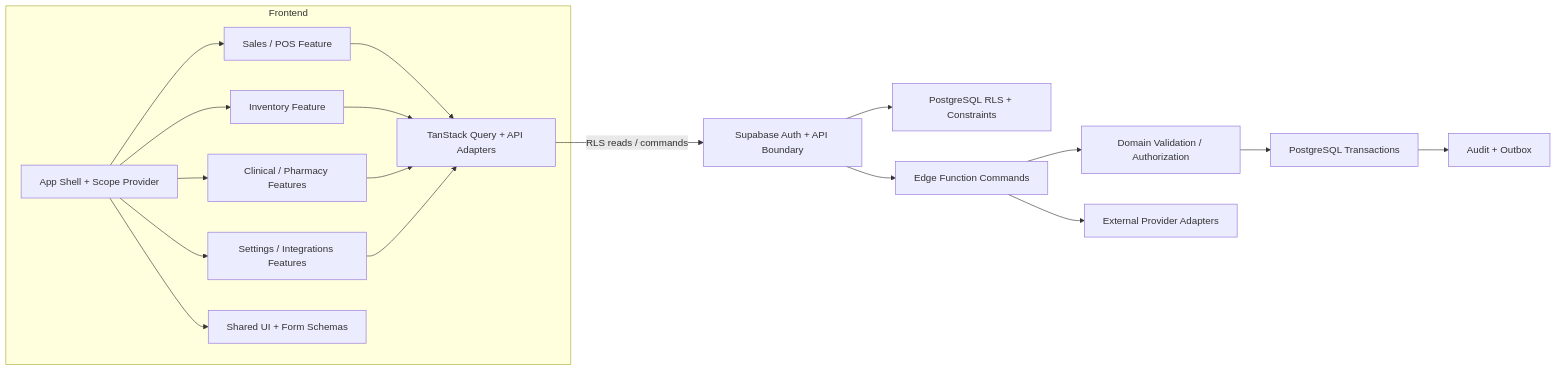
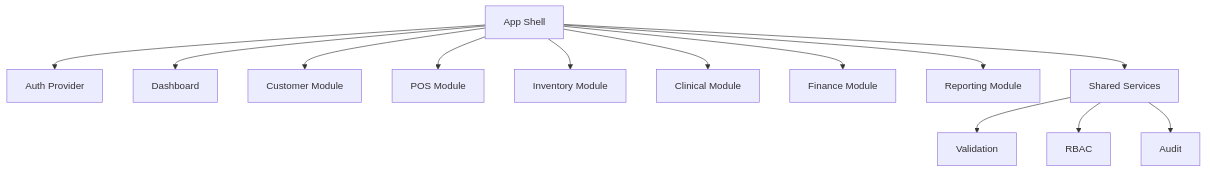
The diagram in docs/03-architecture/component-diagram.md (centranf1/PETORA-INDONESIA), drawn with Mermaid before and after one commit. The commit also changed other lines of this file and 103 other files, not shown here.

````diff
--- a/docs/03-architecture/component-diagram.md
+++ b/docs/03-architecture/component-diagram.md
@@ -25,28 +25,15 @@
 ```mermaid
-flowchart LR
-	subgraph Frontend
-		APP[App Shell + Scope Provider]
-		QUERY[TanStack Query + API Adapters]
-		SALES[Sales / POS Feature]
-		STOCK[Inventory Feature]
-		CLIN[Clinical / Pharmacy Features]
-		SETTINGS[Settings / Integrations Features]
-		UI[Shared UI + Form Schemas]
-		APP --> SALES
-		APP --> STOCK
-		APP --> CLIN
-		APP --> SETTINGS
-		SALES --> QUERY
-		STOCK --> QUERY
-		CLIN --> QUERY
-		SETTINGS --> QUERY
-		APP --> UI
-	end
-	QUERY -->|RLS reads / commands| AUTHZ[Supabase Auth + API Boundary]
-	AUTHZ --> RLS[PostgreSQL RLS + Constraints]
-	AUTHZ --> EDGE[Edge Function Commands]
-	EDGE --> DOMAIN[Domain Validation / Authorization]
-	DOMAIN --> TX[PostgreSQL Transactions]
-	TX --> AUDIT[Audit + Outbox]
-	EDGE --> PROVIDER[External Provider Adapters]
+flowchart TD
+A[App Shell] --> B[Auth Provider]
+A --> C[Dashboard]
+A --> D[Customer Module]
+A --> E[POS Module]
+A --> F[Inventory Module]
+A --> G[Clinical Module]
+A --> H[Finance Module]
+A --> I[Reporting Module]
+A --> J[Shared Services]
+J --> K[Validation]
+J --> L[RBAC]
+J --> M[Audit]
 ```
````
